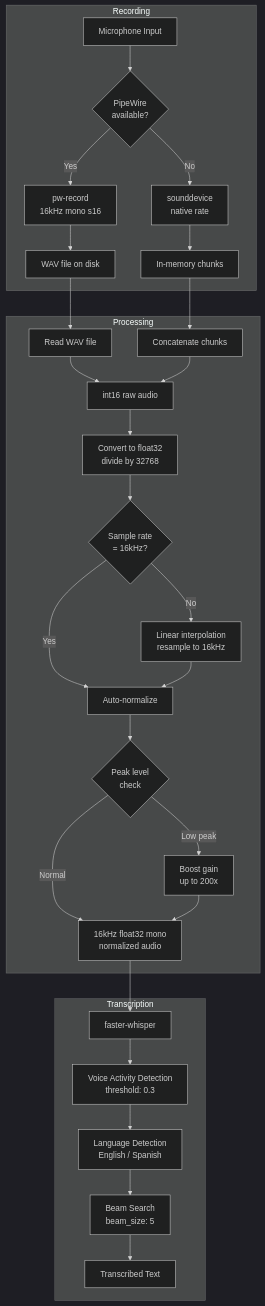
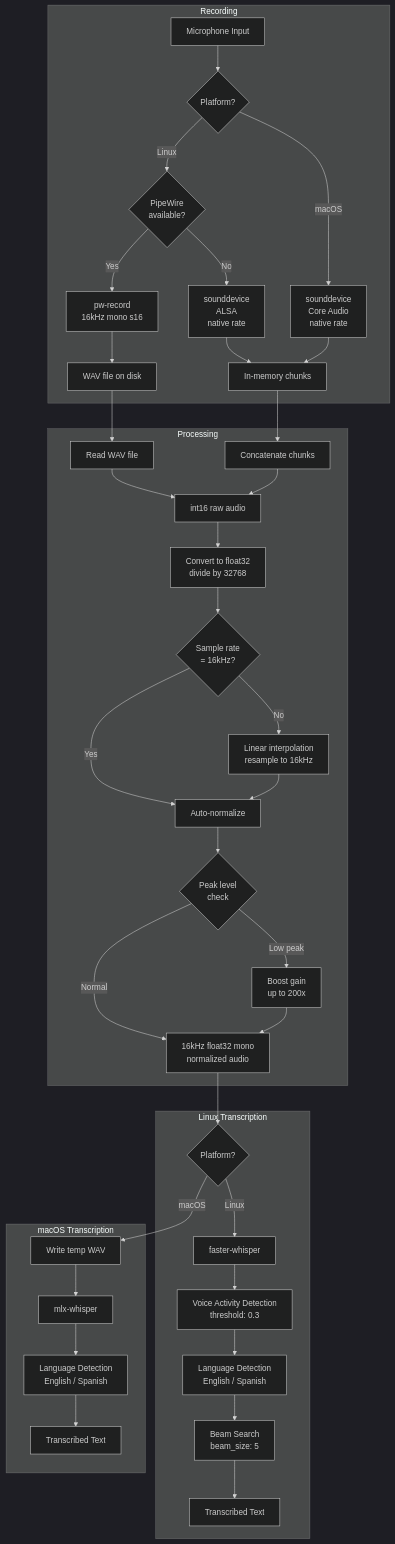
Before and after one commit to lchonkan/tak: the seventh of 9 diagrams in docs/architecture.md, drawn with Mermaid (dark theme). The commit also changed other lines of this file and 9 other files, not shown here.

First line of the commit message:
feat: macOS support with platform defaults (#4)

````diff
--- a/docs/architecture.md
+++ b/docs/architecture.md
@@ -319,40 +401,51 @@
 ```mermaid
 graph TD
     subgraph Recording
-        MIC[Microphone Input] --> ROUTE{PipeWire<br/>available?}
+        MIC[Microphone Input] --> PLAT{Platform?}
+        PLAT -->|Linux| ROUTE{PipeWire<br/>available?}
+        PLAT -->|macOS| COREAUDIO[sounddevice<br/>Core Audio<br/>native rate]
         ROUTE -->|Yes| PW[pw-record<br/>16kHz mono s16]
-        ROUTE -->|No| SD[sounddevice<br/>native rate]
+        ROUTE -->|No| SD[sounddevice<br/>ALSA<br/>native rate]
         PW --> WAV[WAV file on disk]
         SD --> CHUNKS[In-memory chunks]
+        COREAUDIO --> CHUNKS
     end
 
     subgraph Processing
         WAV --> READ[Read WAV file]
         CHUNKS --> CONCAT[Concatenate chunks]
 
         READ --> INT16[int16 raw audio]
         CONCAT --> INT16
 
         INT16 --> F32[Convert to float32<br/>divide by 32768]
 
         F32 --> RESAMPLE{Sample rate<br/>= 16kHz?}
         RESAMPLE -->|No| LI[Linear interpolation<br/>resample to 16kHz]
         RESAMPLE -->|Yes| NORM
         LI --> NORM
 
         NORM[Auto-normalize]
         NORM --> PEAK{Peak level<br/>check}
         PEAK -->|Low peak| BOOST[Boost gain<br/>up to 200x]
         PEAK -->|Normal| OUT
         BOOST --> OUT
     end
 
-    OUT[16kHz float32 mono<br/>normalized audio] --> WHISPER[faster-whisper]
+    OUT[16kHz float32 mono<br/>normalized audio] --> ENGINE{Platform?}
 
-    subgraph Transcription
-        WHISPER --> VAD[Voice Activity Detection<br/>threshold: 0.3]
+    subgraph "Linux Transcription"
+        ENGINE -->|Linux| FW[faster-whisper]
+        FW --> VAD[Voice Activity Detection<br/>threshold: 0.3]
         VAD --> LANG[Language Detection<br/>English / Spanish]
         LANG --> BEAM[Beam Search<br/>beam_size: 5]
-        BEAM --> TEXT[Transcribed Text]
+        BEAM --> TEXT1[Transcribed Text]
+    end
+
+    subgraph "macOS Transcription"
+        ENGINE -->|macOS| TMPWAV[Write temp WAV]
+        TMPWAV --> MLX[mlx-whisper]
+        MLX --> MLANG[Language Detection<br/>English / Spanish]
+        MLANG --> TEXT2[Transcribed Text]
     end
 ```
````
